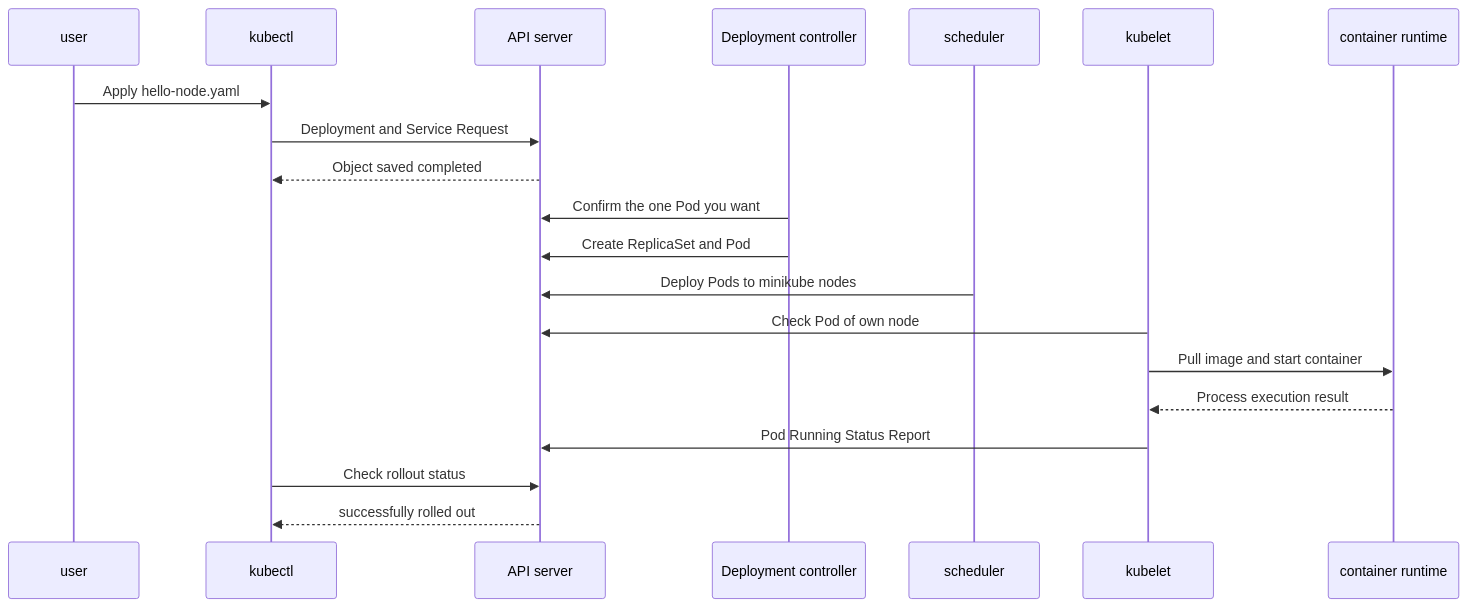
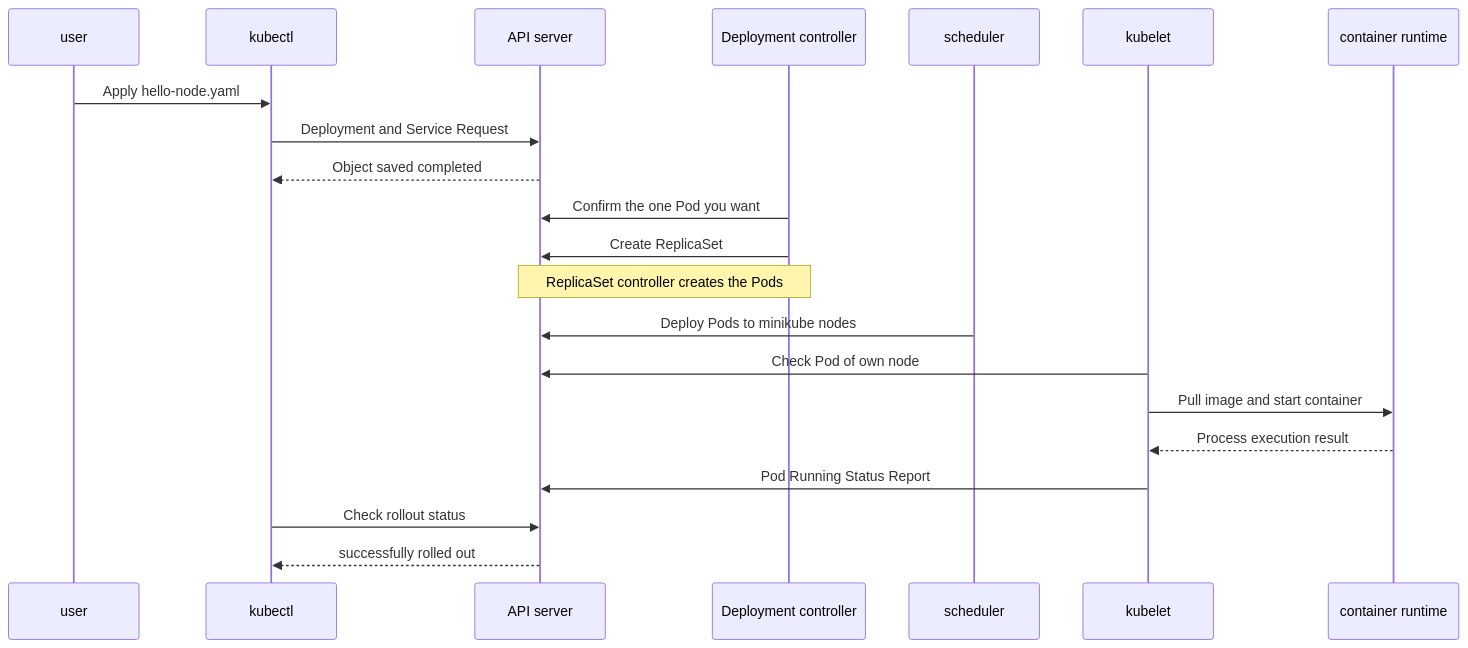
One commit to nohdol97/nohdol-study changed the second of 2 diagrams in docs-site/content/kubernetes/01-why-and-first-cluster.md. Above: the diagram before and after it, drawn with Mermaid. The commit also changed other lines of this file and 88 other files, not shown here.

````diff
--- a/docs-site/content/kubernetes/01-why-and-first-cluster.md
+++ b/docs-site/content/kubernetes/01-why-and-first-cluster.md
@@ -117,23 +121,24 @@
 ```mermaid
 sequenceDiagram
   participant U as user
   participant K as kubectl
   participant A as API server
   participant D as Deployment controller
   participant S as scheduler
   participant L as kubelet
   participant R as container runtime
 
   U->>K: Apply hello-node.yaml
   K->>A: Deployment and Service Request
   A-->>K: Object saved completed
   D->>A: Confirm the one Pod you want
-  D->>A: Create ReplicaSet and Pod
+  D->>A: Create ReplicaSet
+  Note over D,A: ReplicaSet controller creates the Pods
   S->>A: Deploy Pods to minikube nodes
   L->>A: Check Pod of own node
   L->>R: Pull image and start container
   R-->>L: Process execution result
   L->>A: Pod Running Status Report
   K->>A: Check rollout status
   A-->>K: successfully rolled out
 ```
````
